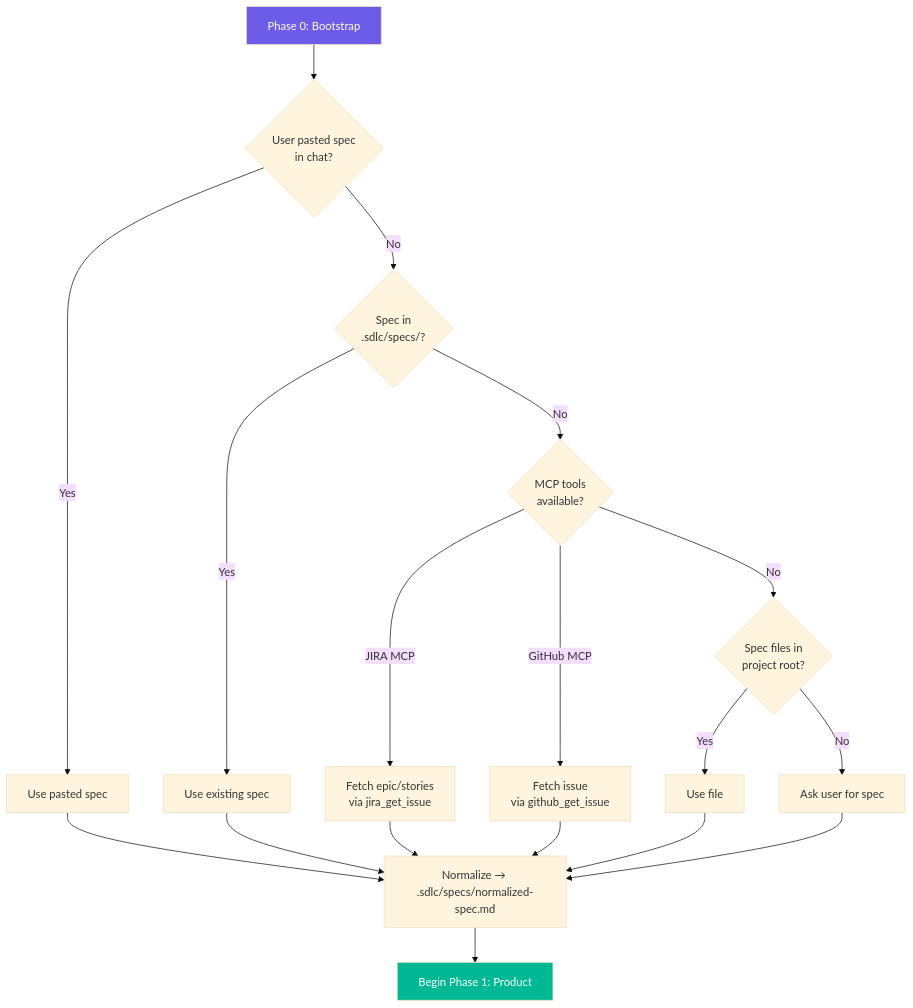
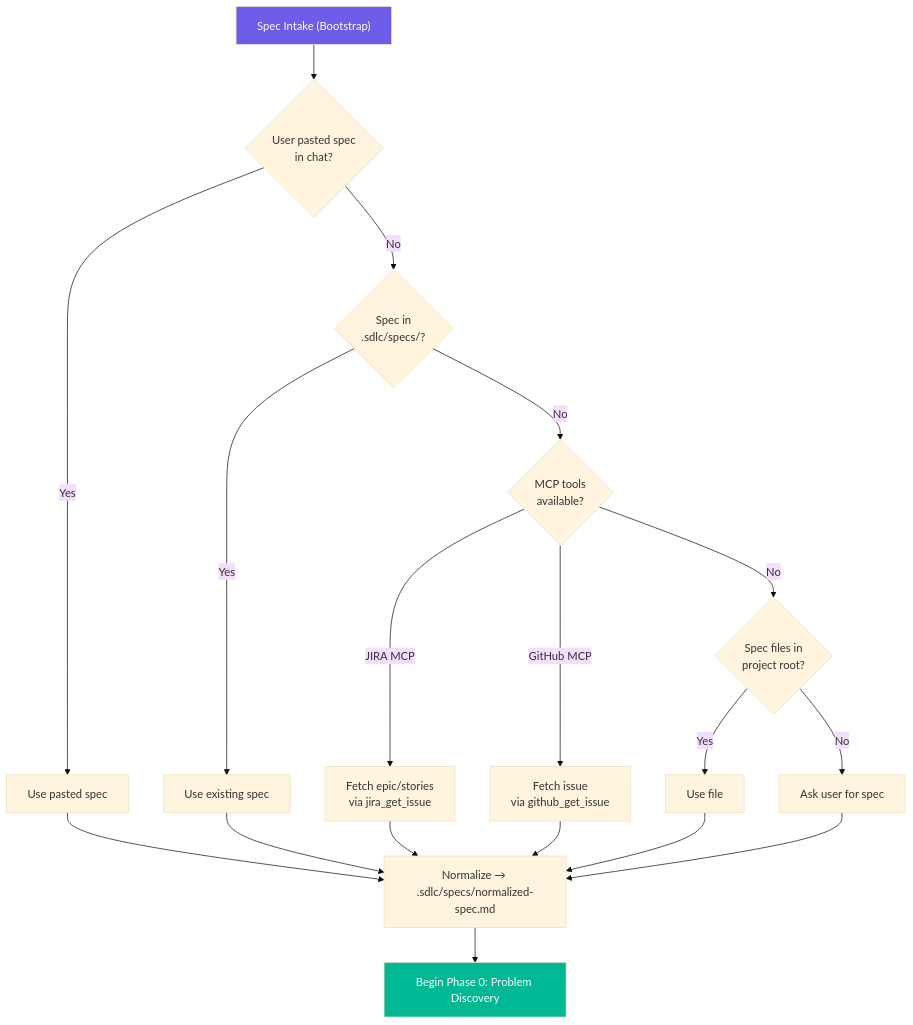
Before and after one commit to bitbitcodes/autonomous-sdlc: the second of 3 diagrams in docs/mcp-integrations.md, drawn with Mermaid (base theme). The commit also changed other lines of this file and 131 other files, not shown here.

````diff
--- a/docs/mcp-integrations.md
+++ b/docs/mcp-integrations.md
@@ -43,19 +43,19 @@
 ```mermaid
 flowchart TD
-    START["Phase 0: Bootstrap"] --> CHECK1{"User pasted spec<br/>in chat?"}
+    START["Spec Intake (Bootstrap)"] --> CHECK1{"User pasted spec<br/>in chat?"}
     CHECK1 -->|Yes| USE1["Use pasted spec"]
     CHECK1 -->|No| CHECK2{"Spec in<br/>.sdlc/specs/?"}
     CHECK2 -->|Yes| USE2["Use existing spec"]
     CHECK2 -->|No| CHECK3{"MCP tools<br/>available?"}
     CHECK3 -->|"JIRA MCP"| FETCH_J["Fetch epic/stories<br/>via jira_get_issue"]
     CHECK3 -->|"GitHub MCP"| FETCH_G["Fetch issue<br/>via github_get_issue"]
     CHECK3 -->|No| CHECK4{"Spec files in<br/>project root?"}
     CHECK4 -->|Yes| USE4["Use file"]
     CHECK4 -->|No| ASK["Ask user for spec"]
 
     USE1 & USE2 & FETCH_J & FETCH_G & USE4 & ASK --> NORM["Normalize → .sdlc/specs/normalized-spec.md"]
-    NORM --> PHASE1["Begin Phase 1: Product"]
+    NORM --> PHASE1["Begin Phase 0: Problem Discovery"]
 
     style START fill:#6c5ce7,color:#fff
     style PHASE1 fill:#00b894,color:#fff
 ```
````
